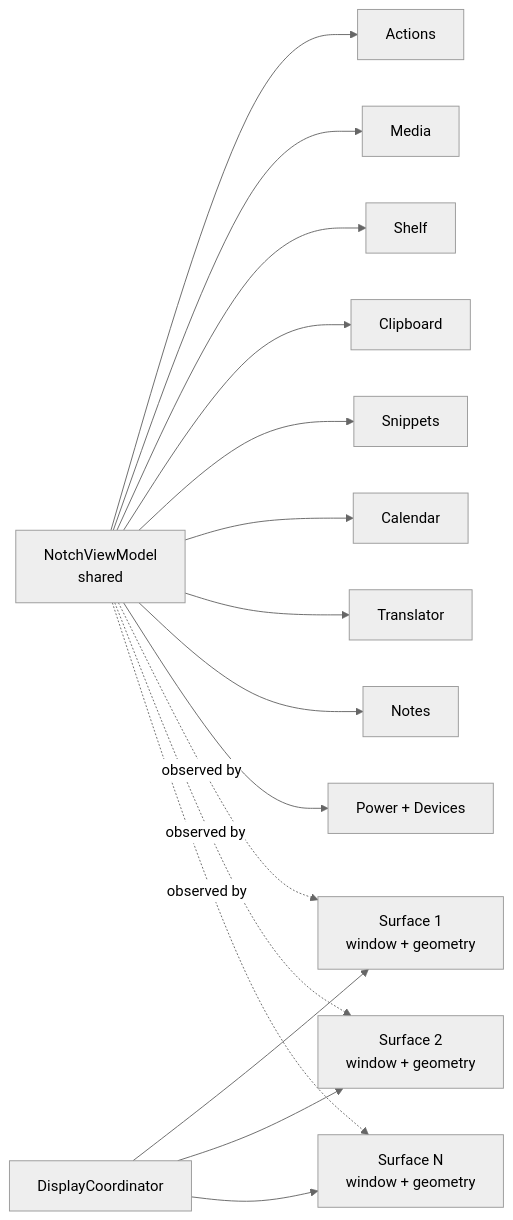
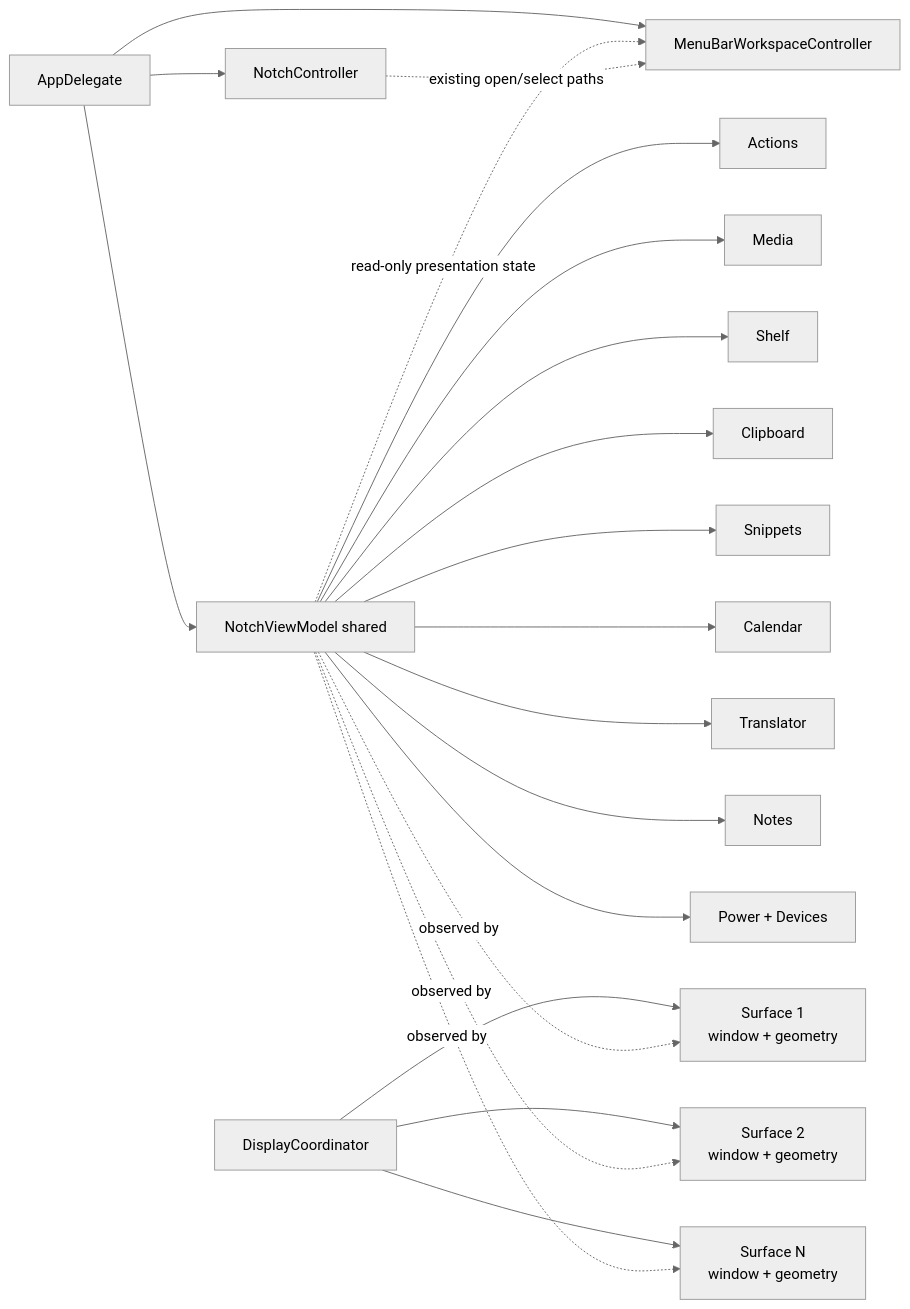
The diagram in knowledge-base/01-architecture/state-and-ownership.md (TumanovNV/impuls), drawn with Mermaid (neutral theme) before and after one commit. The commit also changed other lines of this file, not shown here.

````diff
--- a/knowledge-base/01-architecture/state-and-ownership.md
+++ b/knowledge-base/01-architecture/state-and-ownership.md
@@ -17,20 +17,26 @@
 ```mermaid
 flowchart LR
-    VM[NotchViewModel\nshared] --> A[Actions]
+    AD[AppDelegate] --> NC[NotchController]
+    AD --> MB[MenuBarWorkspaceController]
+    AD --> VM[NotchViewModel shared]
+
+    VM --> A[Actions]
     VM --> M[Media]
     VM --> SH[Shelf]
     VM --> C[Clipboard]
     VM --> SN[Snippets]
     VM --> CAL[Calendar]
     VM --> TR[Translator]
     VM --> N[Notes]
     VM --> P[Power + Devices]
 
     DC[DisplayCoordinator] --> S1[Surface 1\nwindow + geometry]
     DC --> S2[Surface 2\nwindow + geometry]
     DC --> SNX[Surface N\nwindow + geometry]
 
     VM -.observed by.-> S1
     VM -.observed by.-> S2
     VM -.observed by.-> SNX
+    VM -.read-only presentation state.-> MB
+    NC -.existing open/select paths.-> MB
 ```
````
